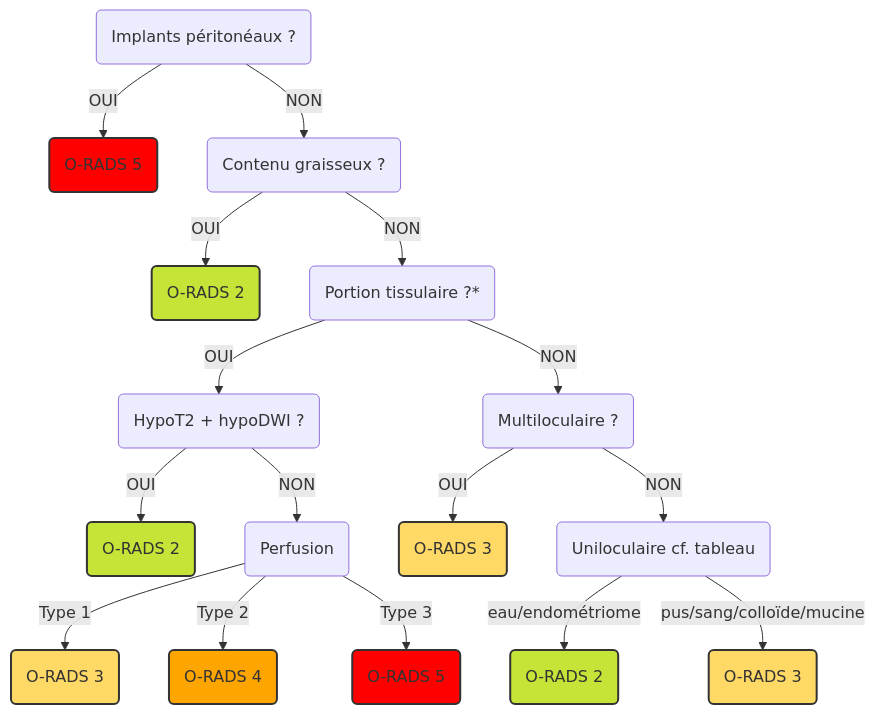
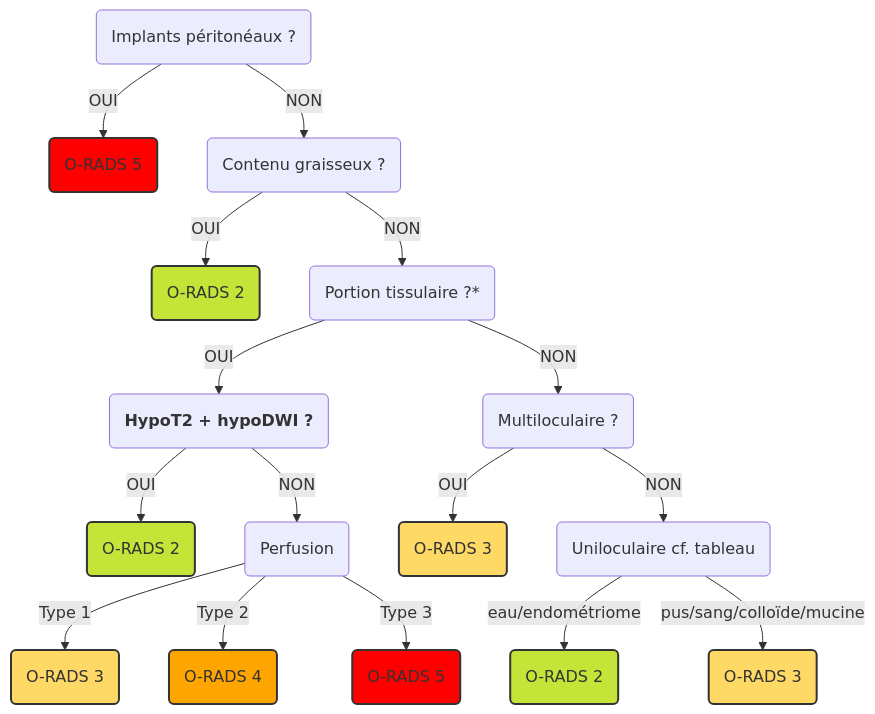
Before and after one commit to drlefevre/drlef: the first of 3 diagrams in docs/femme/ovaires.md, drawn with Mermaid. The commit also changed other lines of this file and 3 other files, not shown here.

````diff
--- a/docs/femme/ovaires.md
+++ b/docs/femme/ovaires.md
@@ -76,33 +76,33 @@
     ``` mermaid
     graph TD
         B(Implants péritonéaux ?) -->|OUI| R5(O-RADS 5)
         B -->|NON| C(Contenu graisseux ?)
         
         C -->|OUI| R2a(O-RADS 2)
         C -->|NON| E(Portion tissulaire ?*)
         
-        E -->|OUI| F(HypoT2 + hypoDWI ?)
+        E -->|OUI| F(<b>HypoT2 + hypoDWI ?</b>)
         F -->|OUI| R2b(O-RADS 2)
         F -->|NON| G(Perfusion)
         
         G -->|Type 1| R3a(O-RADS 3)
         G -->|Type 2| R4(O-RADS 4)
         G -->|Type 3| R5b(O-RADS 5)
         
         E -->|NON| H(Multiloculaire ?)
         H -->|OUI| R3b(O-RADS 3)
         H -->|NON| I(Uniloculaire cf. tableau)
 
         I -->|eau/endométriome| R2c(O-RADS 2)
         I -->|pus/sang/colloïde/mucine| R3c(O-RADS 3)
 
         style R2a fill:#c4e538,stroke:#333,stroke-width:2px
         style R2b fill:#c4e538,stroke:#333,stroke-width:2px
         style R2c fill:#c4e538,stroke:#333,stroke-width:2px
         style R3a fill:#FFD966,stroke:#333,stroke-width:2px
         style R3b fill:#FFD966,stroke:#333,stroke-width:2px
         style R3c fill:#FFD966,stroke:#333,stroke-width:2px
         style R4 fill:#FFA500,stroke:#333,stroke-width:2px
         style R5 fill:#ff0000,stroke:#333,stroke-width:2px
         style R5b fill:#ff0000,stroke:#333,stroke-width:2px
     ```
````
